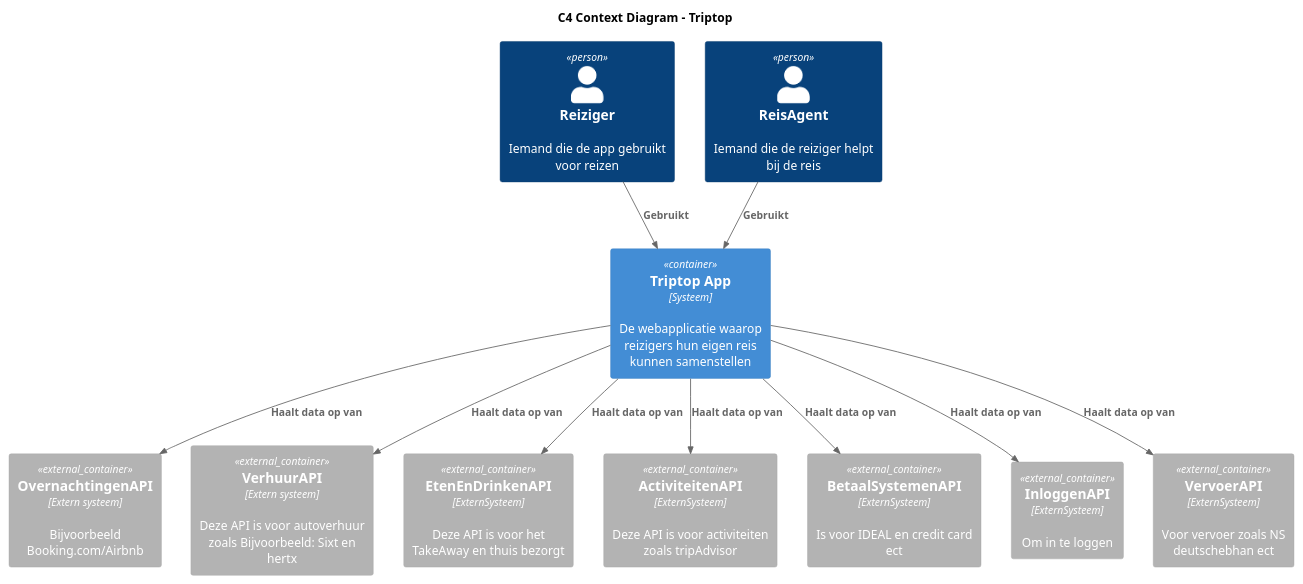
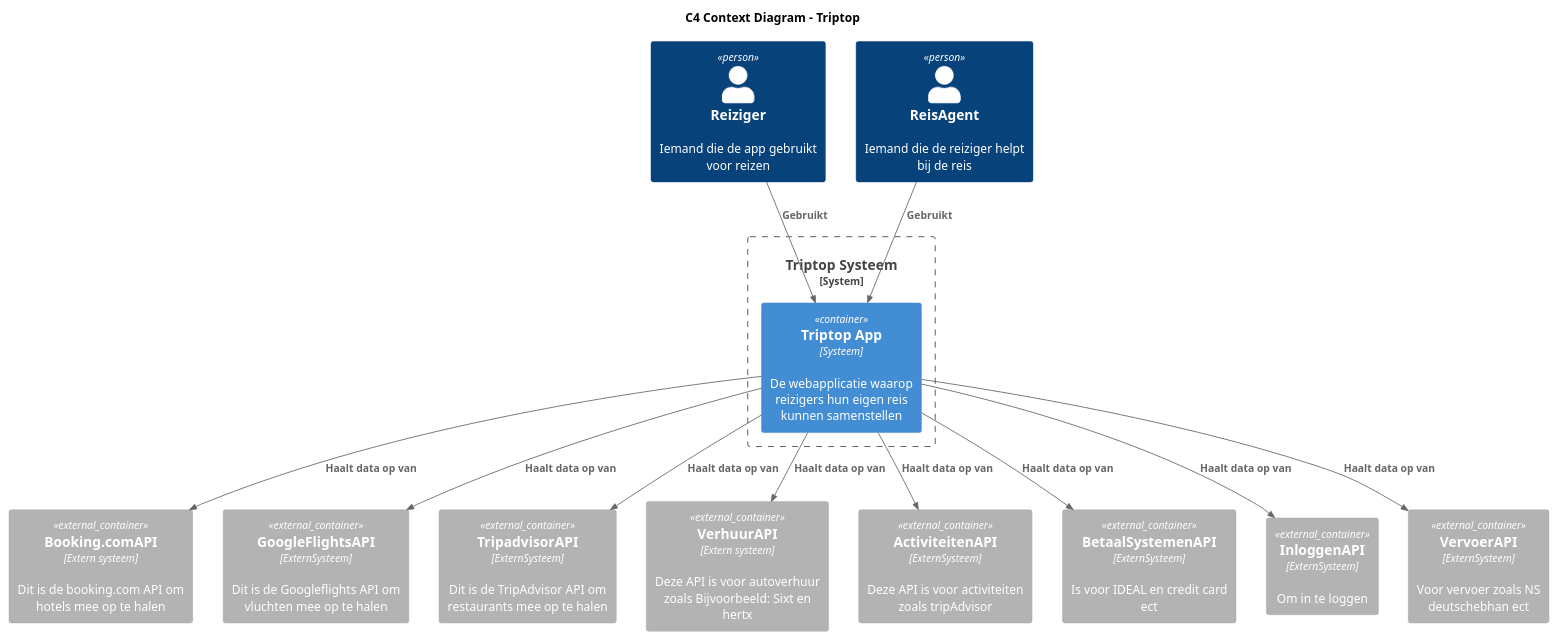
Before and after one commit to AIM-ENE-feb25/triptop-peak-performers-groep-1: the diagram in opdracht-diagrammen/C4-Diagrammen/C4-Context-Diagram.puml, drawn with PlantUML. The commit also changed 7 other files, not shown here.

```diff
--- a/opdracht-diagrammen/C4-Diagrammen/C4-Context-Diagram.puml
+++ b/opdracht-diagrammen/C4-Diagrammen/C4-Context-Diagram.puml
@@ -1,32 +1,41 @@
 @startuml
 !include <C4/C4_Container>
 
 title C4 Context Diagram - Triptop
 
 Person(Reiziger, "Reiziger", "Iemand die de app gebruikt voor reizen")
 Person(ReisAgent, "ReisAgent", "Iemand die de reiziger helpt bij de reis")
 
 
+System_Boundary(c1, Triptop Systeem) {
+'Systeem
 Container(system, "Triptop App", "Systeem", "De webapplicatie waarop reizigers hun eigen reis kunnen samenstellen")
-Container_Ext("OvernachtingenAPI", "OvernachtingenAPI", "Extern systeem","Bijvoorbeeld Booking.com/Airbnb")
+'Database
+}
+
+'Externe systemen
+Container_Ext("OvernachtingenAPI", Booking.comAPI, "Extern systeem",Dit is de booking.com API om hotels mee op te halen)
+Container_Ext(VluchtenAPI,GoogleFlightsAPI,"ExternSysteem",Dit is de Googleflights API om vluchten mee op te halen)
+Container_Ext(RestaurantAPI, TripadvisorAPI, "ExternSysteem",Dit is de TripAdvisor API om restaurants mee op te halen)
 Container_Ext(VerhuurAPI, "VerhuurAPI", "Extern systeem","Deze API is voor autoverhuur zoals Bijvoorbeeld: Sixt en hertx")
-Container_Ext(EtenEnDrinkenAPI, "EtenEnDrinkenAPI", "ExternSysteem","Deze API is voor het TakeAway en thuis bezorgt")
 Container_Ext(ActiviteitenAPI, "ActiviteitenAPI", "ExternSysteem","Deze API is voor activiteiten zoals tripAdvisor")
 Container_Ext(BetaalSystemenAPI, "BetaalSystemenAPI", "ExternSysteem","Is voor IDEAL en credit card ect")
 Container_Ext(InloggenAPI, "InloggenAPI", "ExternSysteem","Om in te loggen")
 Container_Ext(VervoerAPI, "VervoerAPI", "ExternSysteem","Voor vervoer zoals NS deutschebhan ect")
 
 
 Rel(Reiziger,system, "Gebruikt")
 Rel("ReisAgent",system, "Gebruikt")
 Rel(system,OvernachtingenAPI,"Haalt data op van")
+Rel(system,VluchtenAPI,Haalt data op van)
+Rel(system,RestaurantAPI,"Haalt data op van" )
+
 Rel(system,"VerhuurAPI","Haalt data op van" )
-Rel(system,"EtenEnDrinkenAPI","Haalt data op van" )
 Rel(system,"ActiviteitenAPI","Haalt data op van" )
 Rel(system,"BetaalSystemenAPI","Haalt data op van" )
 Rel(system,"InloggenAPI","Haalt data op van" )
 Rel(system,"VervoerAPI","Haalt data op van" )
 
 
 
 @enduml
```
